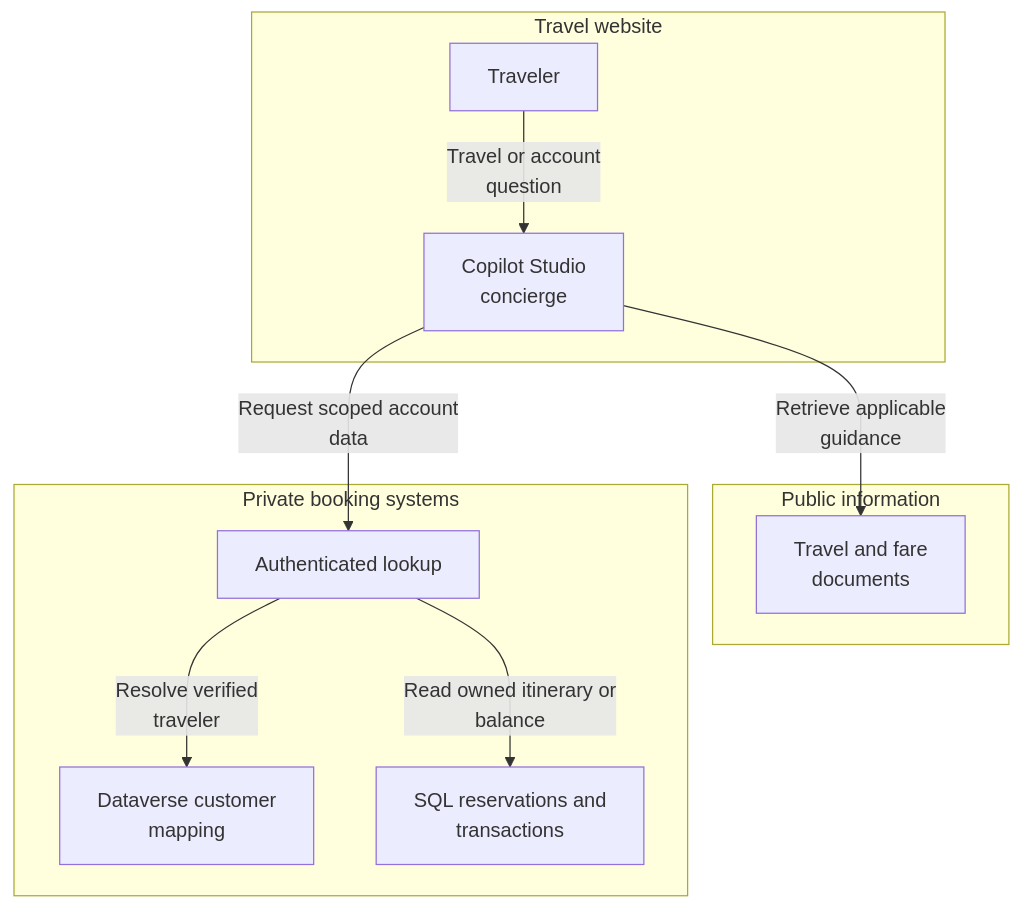
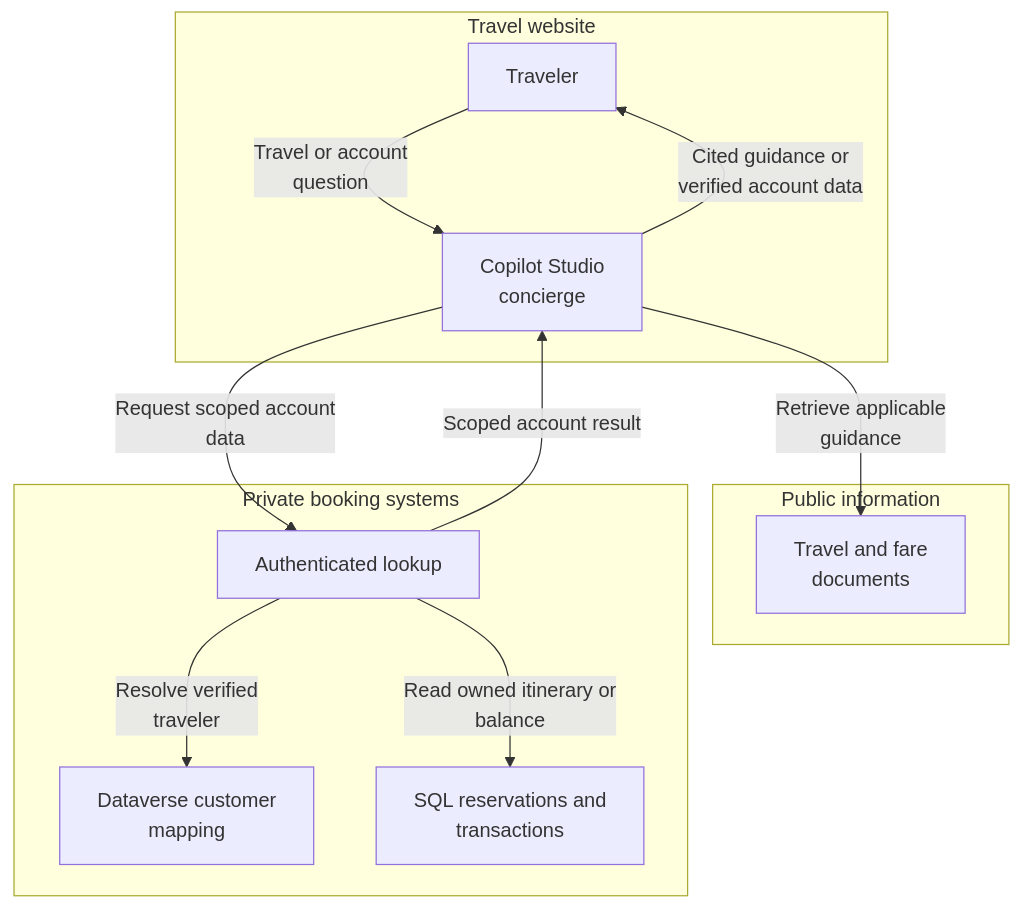
Before and after one commit to abhishek-ai-enabler/copilotstudio-architecture-patterns: the first of 2 diagrams in solution-ideas/travel-concierge.md, drawn with Mermaid. The commit also changed other lines of this file and 41 other files, not shown here.

First line of the commit message:
Review diagrams: add return paths and fix flow accuracy

````diff
--- a/solution-ideas/travel-concierge.md
+++ b/solution-ideas/travel-concierge.md
@@ -7,22 +7,24 @@
 ```mermaid
 flowchart TB
     accTitle: Travel concierge with public guidance and private booking lookup - architecture
     accDescr: Decide exactly where a public conversation becomes a private lookup. A booking reference helps locate a record but cannot establish ownership.
     subgraph group0["Travel website"]
         U["Traveler"]
         A["Copilot Studio<br/>concierge"]
     end
     subgraph group2["Public information"]
         K["Travel and fare<br/>documents"]
     end
     subgraph group3["Private booking systems"]
         I["Authenticated lookup"]
         D["Dataverse customer<br/>mapping"]
         S["SQL reservations and<br/>transactions"]
     end
     U -->|"Travel or account<br/>question"| A
     A -->|"Retrieve applicable<br/>guidance"| K
     A -->|"Request scoped account<br/>data"| I
     I -->|"Resolve verified<br/>traveler"| D
     I -->|"Read owned itinerary or<br/>balance"| S
+    I -->|"Scoped account result"| A
+    A -->|"Cited guidance or<br/>verified account data"| U
 ```
````
